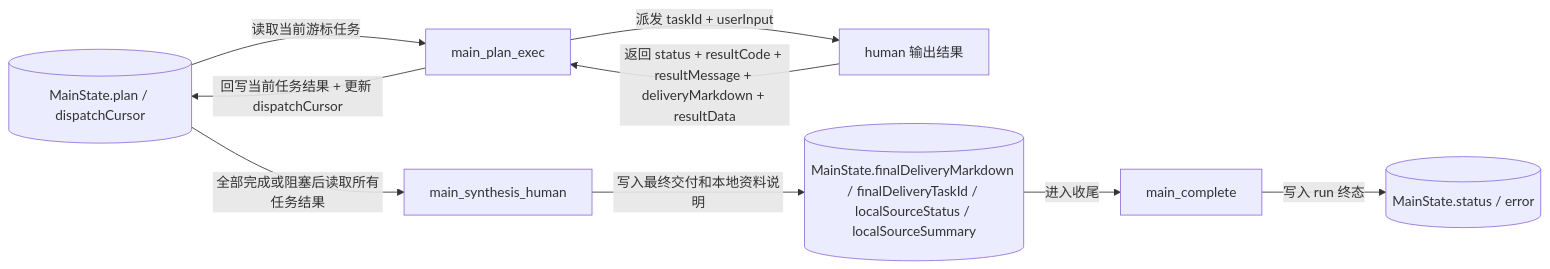
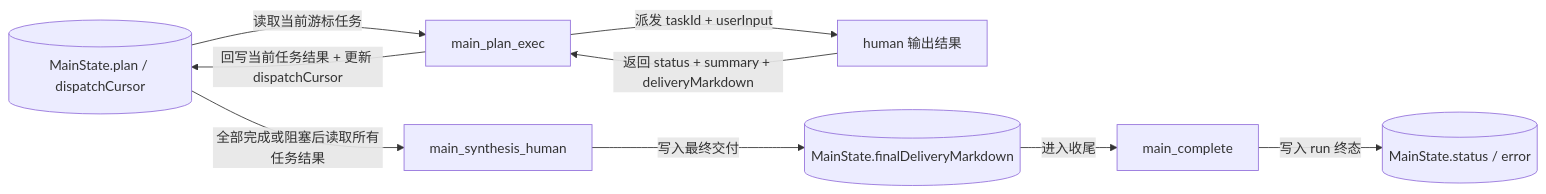
The second of 6 diagrams in doc/ai-design/data-definition-and-flow.md (Yoan98/Ncurator), drawn with Mermaid before and after one commit. The commit also changed other lines of this file and 6 other files, not shown here.

````diff
--- a/doc/ai-design/data-definition-and-flow.md
+++ b/doc/ai-design/data-definition-and-flow.md
@@ -366,19 +338,19 @@
 ```mermaid
 flowchart LR
     S3[("MainState.plan / dispatchCursor")]
     ME["main_plan_exec"]
     H["human 输出结果"]
     MS["main_synthesis_human"]
-    S4[("MainState.finalDeliveryMarkdown / finalDeliveryTaskId / localSourceStatus / localSourceSummary")]
+    S4[("MainState.finalDeliveryMarkdown")]
     MX["main_complete"]
     S5[("MainState.status / error")]
 
     S3 -->|读取当前游标任务| ME
     ME -->|派发 taskId + userInput| H
-    H -->|返回 status + resultCode + resultMessage + deliveryMarkdown + resultData| ME
+    H -->|返回 status + summary + deliveryMarkdown| ME
     ME -->|回写当前任务结果 + 更新 dispatchCursor| S3
     S3 -->|全部完成或阻塞后读取所有任务结果| MS
-    MS -->|写入最终交付和本地资料说明| S4
+    MS -->|写入最终交付| S4
     S4 -->|进入收尾| MX
     MX -->|写入 run 终态| S5
 ```
````
